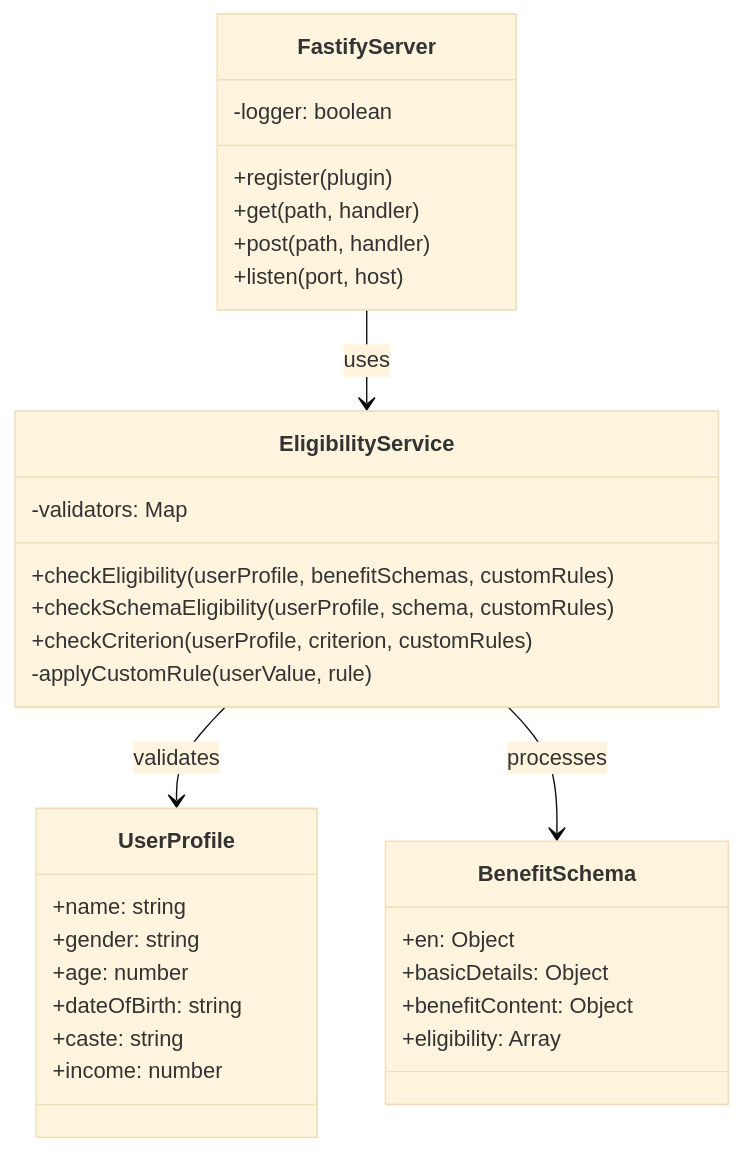
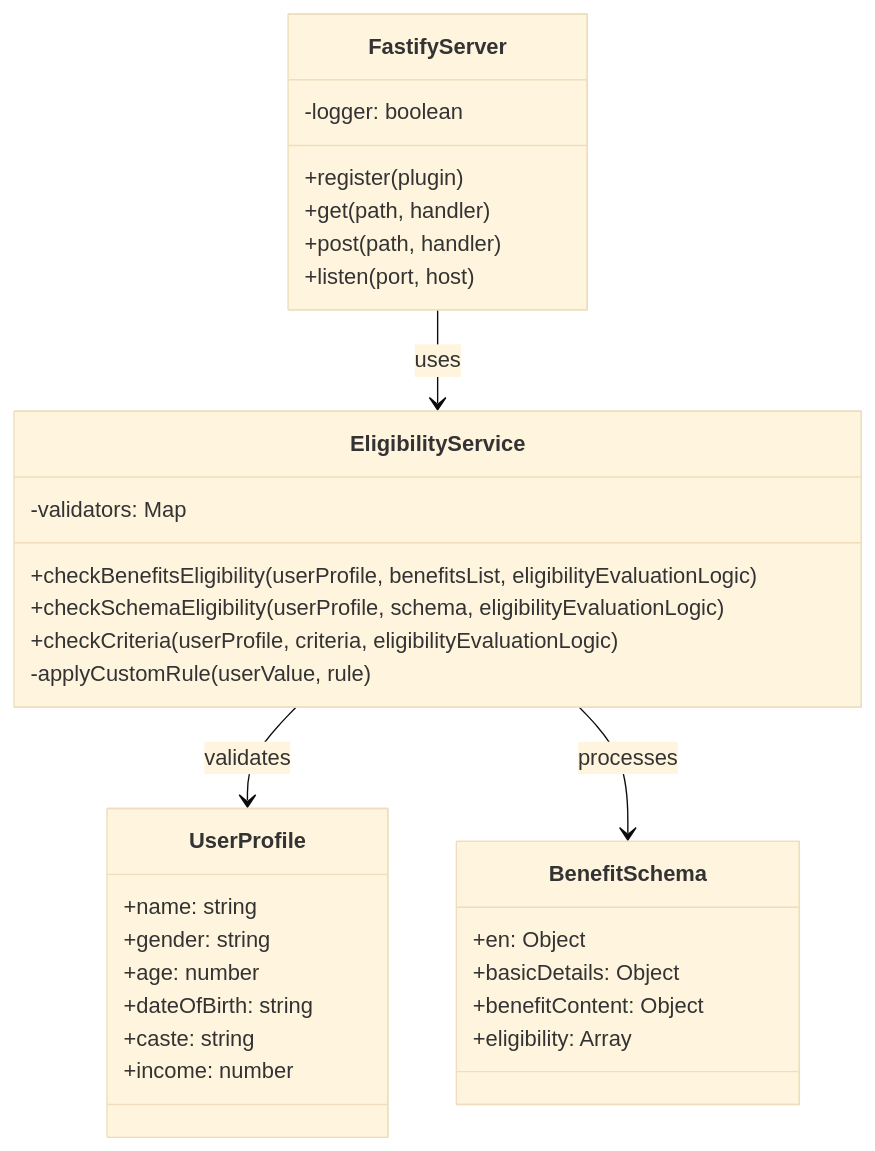
Before and after one commit to tekdi/ubi-eligibility-sdk: the diagram in docs/class-diagram.md, drawn with Mermaid (base theme). The commit also changed 19 other files, not shown here.

````diff
--- a/docs/class-diagram.md
+++ b/docs/class-diagram.md
@@ -5,38 +5,38 @@
 ```mermaid
 classDiagram
     class FastifyServer {
         -logger: boolean
         +register(plugin)
         +get(path, handler)
         +post(path, handler)
         +listen(port, host)
     }
 
     class EligibilityService {
         -validators: Map
-        +checkEligibility(userProfile, benefitSchemas, customRules)
-        +checkSchemaEligibility(userProfile, schema, customRules)
-        +checkCriterion(userProfile, criterion, customRules)
+        +checkBenefitsEligibility(userProfile, benefitsList, eligibilityEvaluationLogic)
+        +checkSchemaEligibility(userProfile, schema, eligibilityEvaluationLogic)
+        +checkCriteria(userProfile, criteria, eligibilityEvaluationLogic)
         -applyCustomRule(userValue, rule)
     }
 
     class UserProfile {
         +name: string
         +gender: string
         +age: number
         +dateOfBirth: string
         +caste: string
         +income: number
     }
 
     class BenefitSchema {
         +en: Object
         +basicDetails: Object
         +benefitContent: Object
         +eligibility: Array
     }
 
     FastifyServer --> EligibilityService : uses
     EligibilityService --> UserProfile : validates
     EligibilityService --> BenefitSchema : processes
 ```
````
